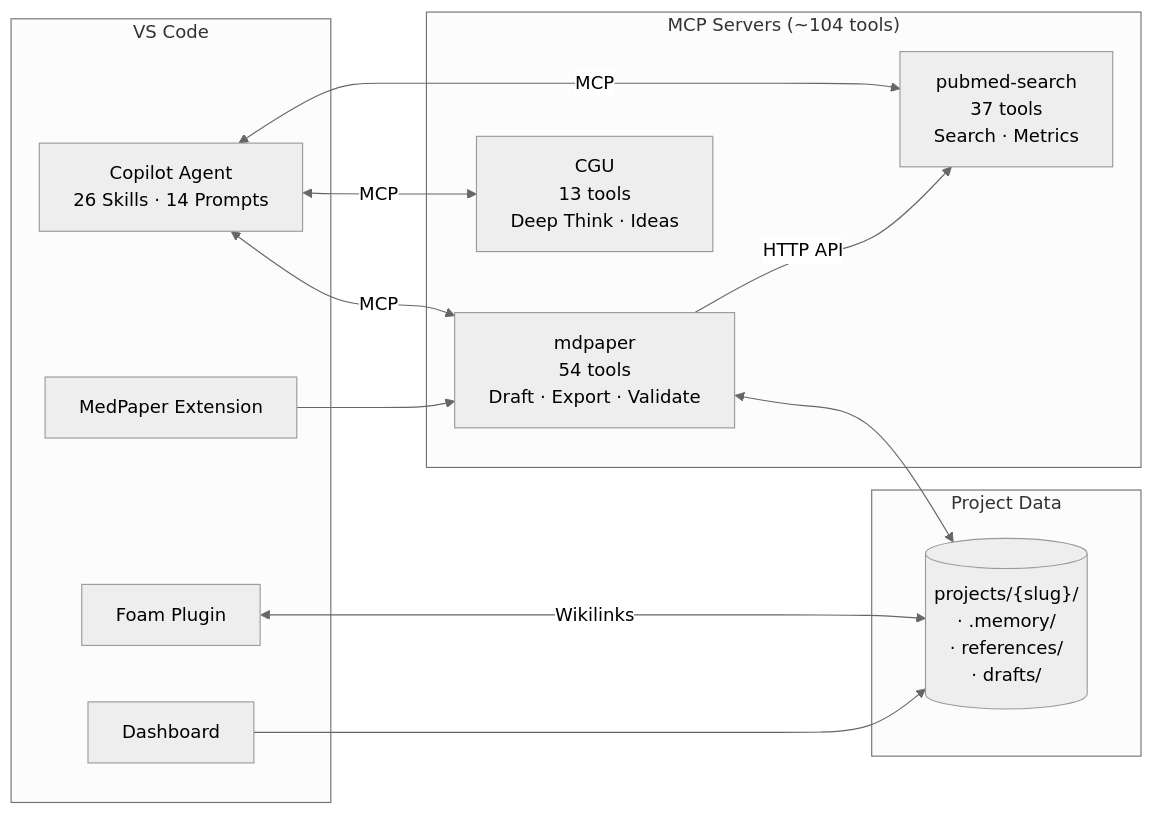
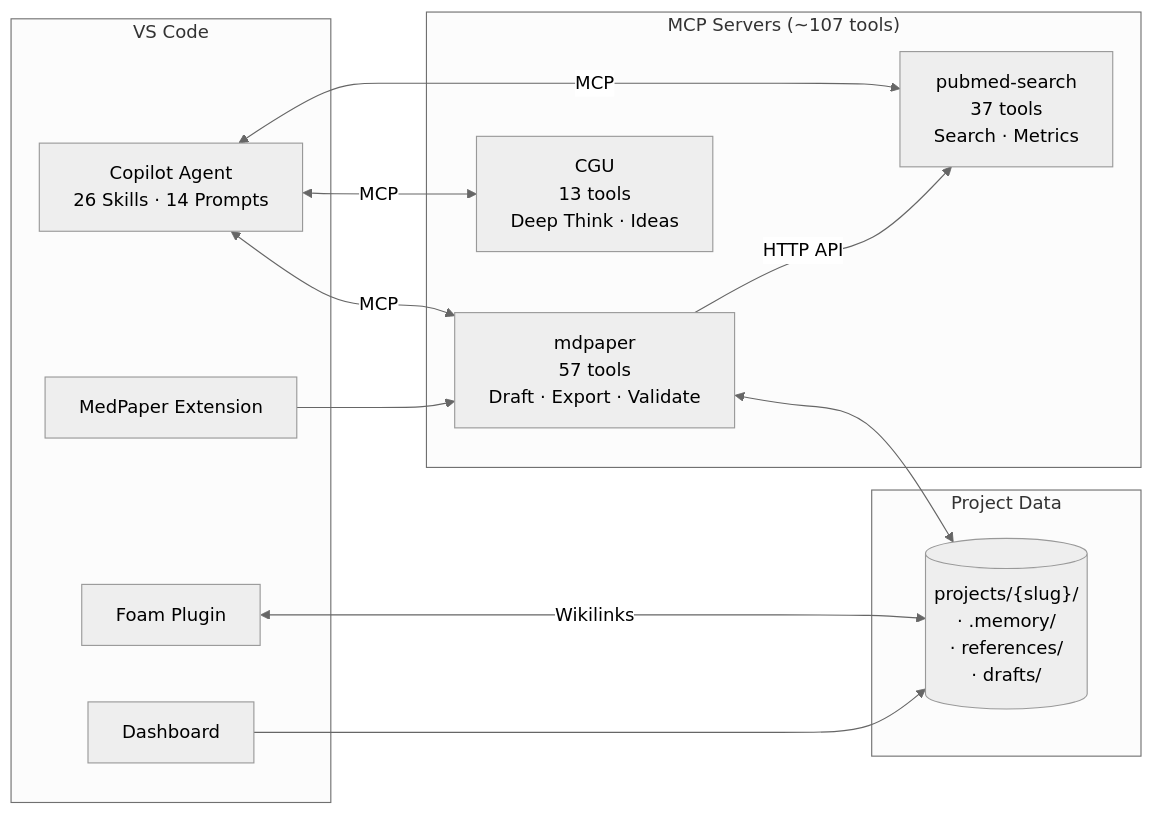
Before and after one commit to u9401066/med-paper-assistant: the diagram in README.md, drawn with Mermaid (neutral theme). The commit also changed other lines of this file and 1 other file, not shown here.

````diff
--- a/README.md
+++ b/README.md
@@ -47,28 +47,28 @@
 ```mermaid
 flowchart LR
     subgraph IDE["VS Code"]
         Agent["Copilot Agent<br/>26 Skills · 14 Prompts"]
         Foam[Foam Plugin]
         Ext[MedPaper Extension]
         Dash[Dashboard]
     end
 
-    subgraph MCP["MCP Servers (~104 tools)"]
-        mdpaper["mdpaper<br/>54 tools<br/>Draft · Export · Validate"]
+    subgraph MCP["MCP Servers (~107 tools)"]
+        mdpaper["mdpaper<br/>57 tools<br/>Draft · Export · Validate"]
         pubmed["pubmed-search<br/>37 tools<br/>Search · Metrics"]
         cgu["CGU<br/>13 tools<br/>Deep Think · Ideas"]
     end
 
     subgraph Data["Project Data"]
         proj[("projects/{slug}/<br/>· .memory/<br/>· references/<br/>· drafts/")]
     end
 
     Agent <-->|MCP| mdpaper
     Agent <-->|MCP| pubmed
     Agent <-->|MCP| cgu
     mdpaper -->|HTTP API| pubmed
     Foam <-->|Wikilinks| proj
     mdpaper <--> proj
     Ext --> mdpaper
     Dash --> proj
 ```
````
